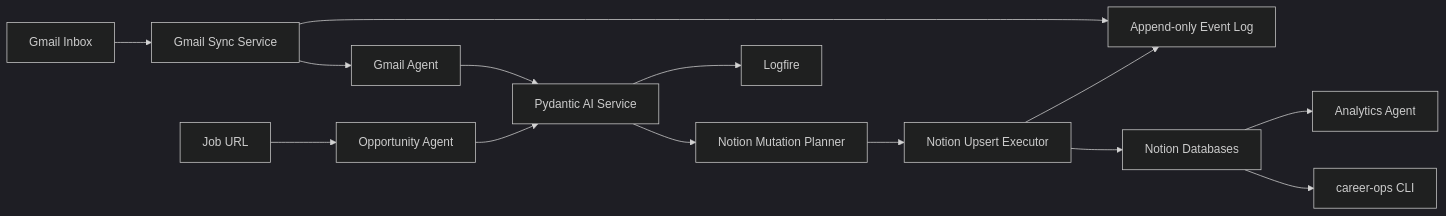
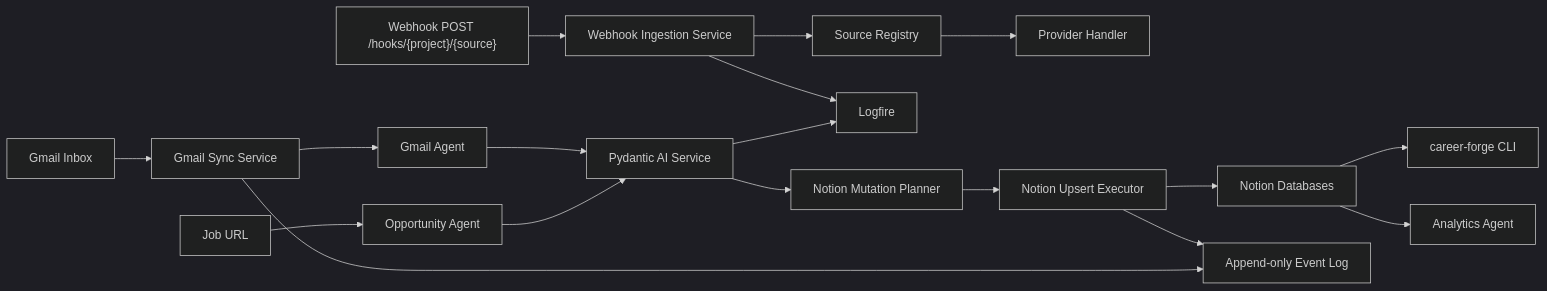
Before and after one commit to dillon-barendt/career-forge: the diagram in ARCHITECTURE.md, drawn with Mermaid (dark theme). The commit also changed other lines of this file and 52 other files, not shown here.

First line of the commit message:
feat(career-forge): add webhook intake and rename project

````diff
--- a/ARCHITECTURE.md
+++ b/ARCHITECTURE.md
@@ -6,16 +6,20 @@
 ```mermaid
 flowchart LR
     Gmail["Gmail Inbox"] --> GmailSync["Gmail Sync Service"]
     GmailSync --> GmailAgent["Gmail Agent"]
     URL["Job URL"] --> OpportunityAgent["Opportunity Agent"]
+    Hook["Webhook POST /hooks/{project}/{source}"] --> WebhookService["Webhook Ingestion Service"]
+    WebhookService --> WebhookRegistry["Source Registry"]
+    WebhookRegistry --> WebhookHandler["Provider Handler"]
+    WebhookService --> Logfire
     GmailAgent --> AI["Pydantic AI Service"]
     OpportunityAgent --> AI
     AI --> Planner["Notion Mutation Planner"]
     Planner --> Executor["Notion Upsert Executor"]
     Executor --> Notion["Notion Databases"]
     Executor --> Events["Append-only Event Log"]
     GmailSync --> Events
     AI --> Logfire["Logfire"]
-    Notion --> CLI["career-ops CLI"]
+    Notion --> CLI["career-forge CLI"]
     Notion --> Analytics["Analytics Agent"]
 ```
````
